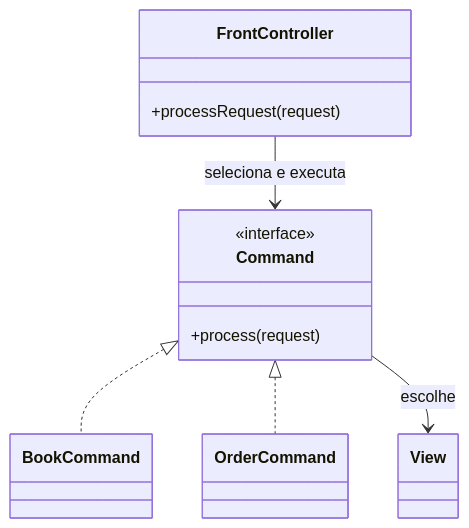
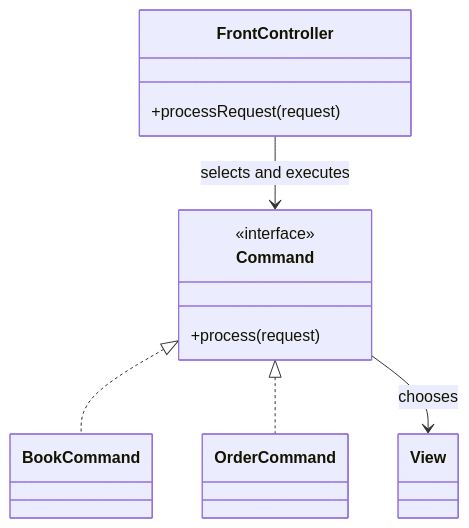
One commit to alancesar/design-patterns changed the diagram in docs/application/poeaa/web-presentation/front-controller.md. Above: the diagram before and after it, drawn with Mermaid. The commit also changed 258 other files, not shown here.

First line of the commit message:
Translate Mermaid diagrams to English

````diff
--- a/docs/application/poeaa/web-presentation/front-controller.md
+++ b/docs/application/poeaa/web-presentation/front-controller.md
@@ -53,17 +53,17 @@
 ```mermaid
 classDiagram
     class FrontController {
         +processRequest(request)
     }
     class Command {
         <<interface>>
         +process(request)
     }
     class BookCommand
     class OrderCommand
     class View
-    FrontController --> Command : seleciona e executa
+    FrontController --> Command : selects and executes
     Command <|.. BookCommand
     Command <|.. OrderCommand
-    Command --> View : escolhe
+    Command --> View : chooses
 ```
````
